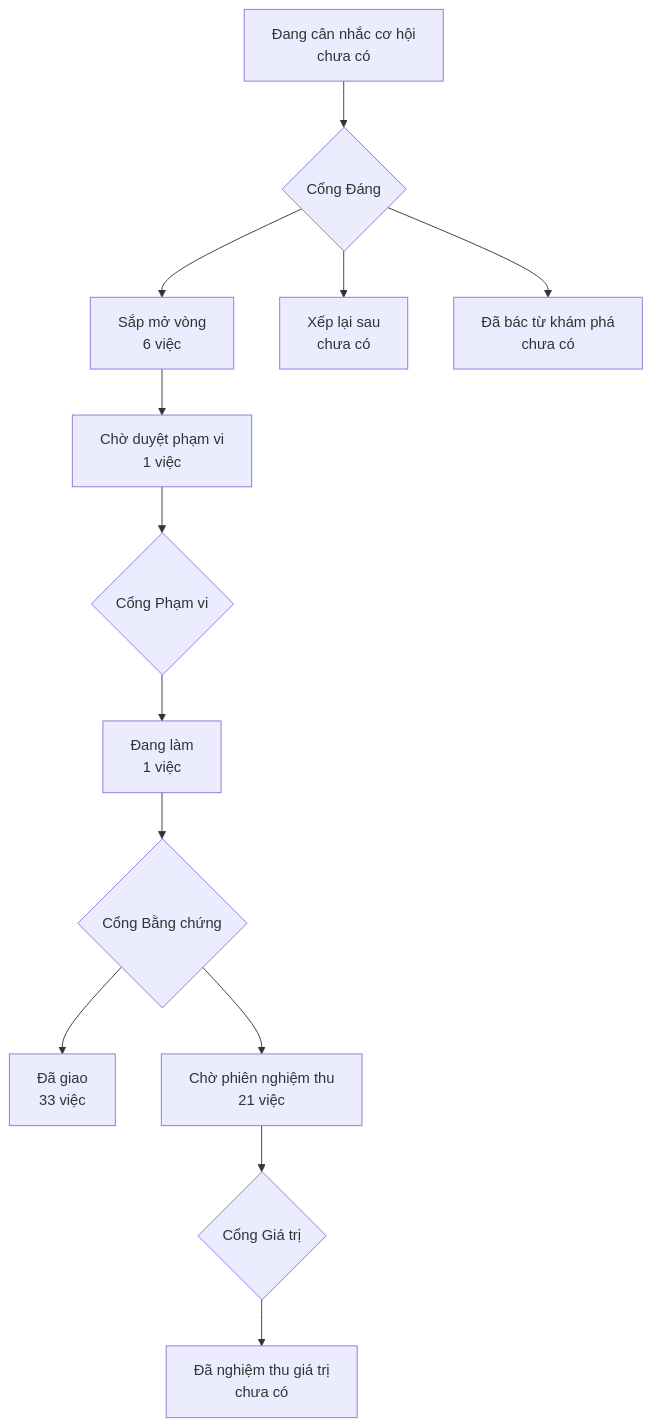
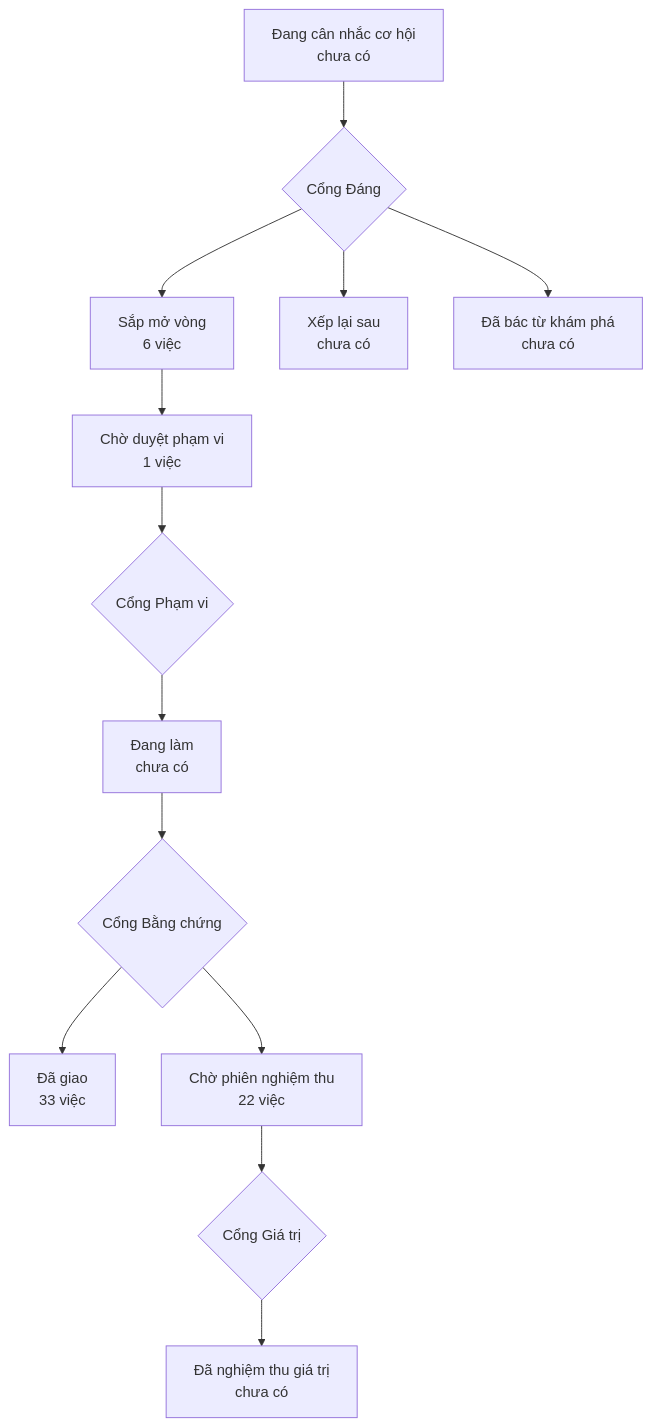
One commit to phanlemanh/onehub-invest changed the diagram in PRODUCT-MAP.md. Above: the diagram before and after it, drawn with Mermaid. The commit also changed other lines of this file and 4 other files, not shown here.

````diff
--- a/PRODUCT-MAP.md
+++ b/PRODUCT-MAP.md
@@ -7,12 +7,12 @@
 ```mermaid
 flowchart TD
   A["Đang cân nhắc cơ hội<br/>chưa có"] --> GD{"Cổng Đáng"}
   GD --> B["Sắp mở vòng<br/>6 việc"]
   GD --> XL["Xếp lại sau<br/>chưa có"]
   GD --> DB["Đã bác từ khám phá<br/>chưa có"]
   B --> CD["Chờ duyệt phạm vi<br/>1 việc"] --> GP{"Cổng Phạm vi"}
-  GP --> DL["Đang làm<br/>1 việc"] --> GB{"Cổng Bằng chứng"}
+  GP --> DL["Đang làm<br/>chưa có"] --> GB{"Cổng Bằng chứng"}
   GB --> DG["Đã giao<br/>33 việc"]
-  GB --> CN["Chờ phiên nghiệm thu<br/>21 việc"] --> GG{"Cổng Giá trị"}
+  GB --> CN["Chờ phiên nghiệm thu<br/>22 việc"] --> GG{"Cổng Giá trị"}
   GG --> NT["Đã nghiệm thu giá trị<br/>chưa có"]
 ```
````
